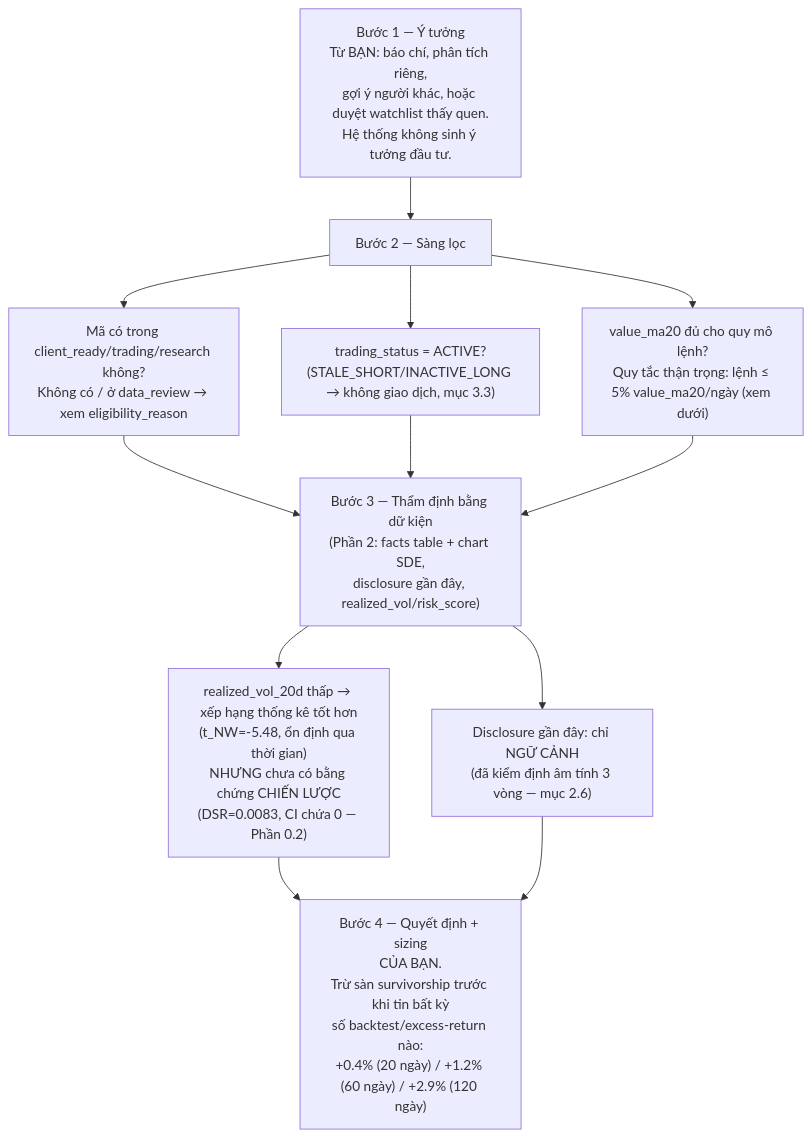
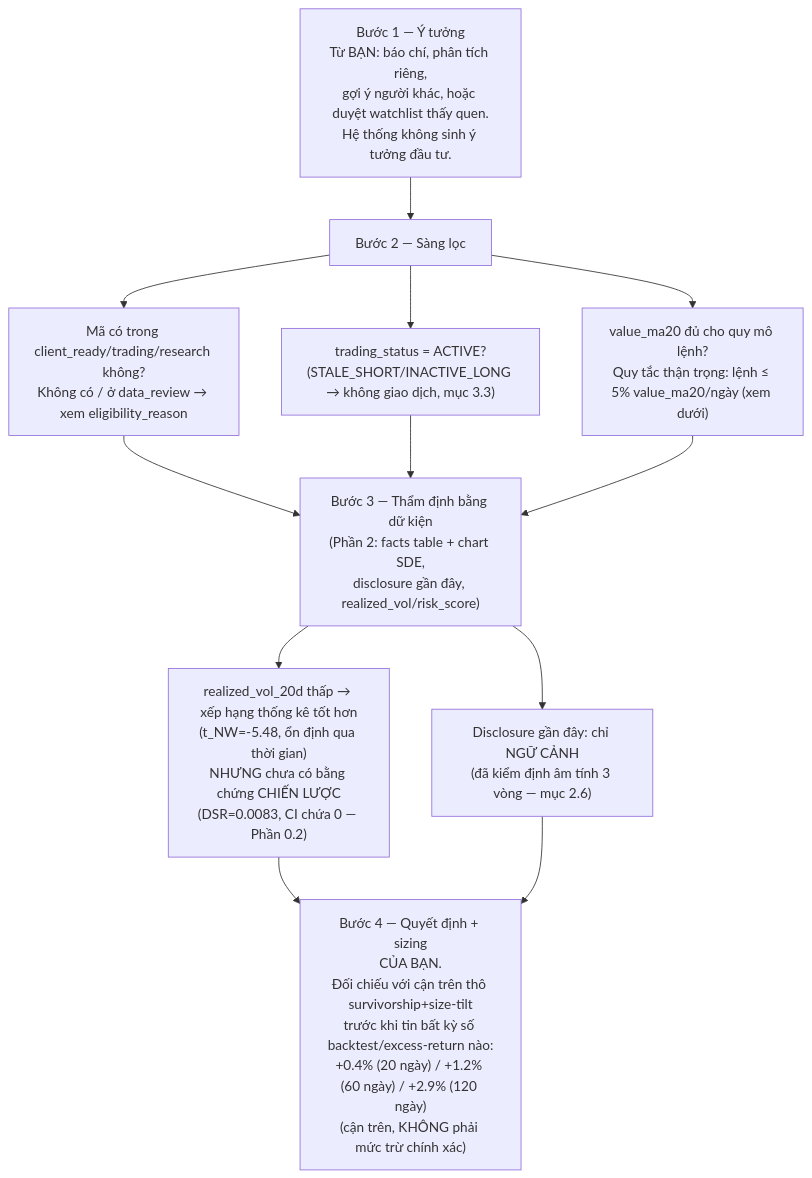
The diagram in docs/PROJECT_HANDBOOK.md (ArthurtheFin/vietnam-quant-research), drawn with Mermaid before and after one commit. The commit also changed other lines of this file and 5 other files, not shown here.

````diff
--- a/docs/PROJECT_HANDBOOK.md
+++ b/docs/PROJECT_HANDBOOK.md
@@ -854,17 +854,17 @@
 ```mermaid
 flowchart TD
     A["Bước 1 — Ý tưởng<br/>Từ BẠN: báo chí, phân tích riêng,<br/>gợi ý người khác, hoặc duyệt watchlist thấy quen.<br/>Hệ thống không sinh ý tưởng đầu tư."]
     A --> B["Bước 2 — Sàng lọc"]
     B --> B1["Mã có trong client_ready/trading/research không?<br/>Không có / ở data_review → xem eligibility_reason"]
     B --> B2["trading_status = ACTIVE?<br/>(STALE_SHORT/INACTIVE_LONG → không giao dịch, mục 3.3)"]
     B --> B3["value_ma20 đủ cho quy mô lệnh?<br/>Quy tắc thận trọng: lệnh ≤ 5% value_ma20/ngày (xem dưới)"]
     B1 --> C
     B2 --> C
     B3 --> C
     C["Bước 3 — Thẩm định bằng dữ kiện<br/>(Phần 2: facts table + chart SDE,<br/>disclosure gần đây, realized_vol/risk_score)"]
     C --> C1["realized_vol_20d thấp → xếp hạng thống kê tốt hơn<br/>(t_NW=-5.48, ổn định qua thời gian)<br/>NHƯNG chưa có bằng chứng CHIẾN LƯỢC<br/>(DSR=0.0083, CI chứa 0 — Phần 0.2)"]
     C --> C2["Disclosure gần đây: chỉ NGỮ CẢNH<br/>(đã kiểm định âm tính 3 vòng — mục 2.6)"]
     C1 --> D
     C2 --> D
-    D["Bước 4 — Quyết định + sizing<br/>CỦA BẠN.<br/>Trừ sàn survivorship trước khi tin bất kỳ<br/>số backtest/excess-return nào:<br/>+0.4% (20 ngày) / +1.2% (60 ngày) / +2.9% (120 ngày)"]
+    D["Bước 4 — Quyết định + sizing<br/>CỦA BẠN.<br/>Đối chiếu với cận trên thô survivorship+size-tilt<br/>trước khi tin bất kỳ số backtest/excess-return nào:<br/>+0.4% (20 ngày) / +1.2% (60 ngày) / +2.9% (120 ngày)<br/>(cận trên, KHÔNG phải mức trừ chính xác)"]
 ```
````
